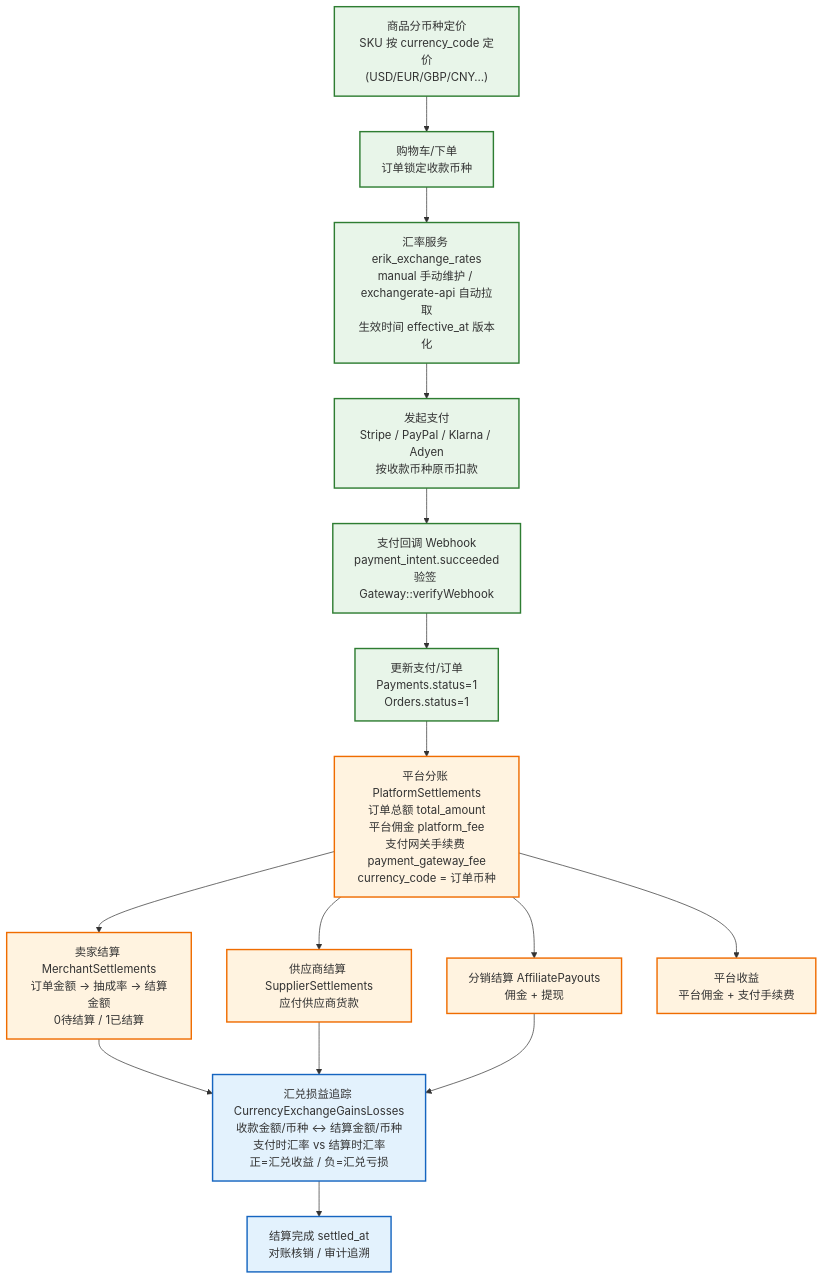
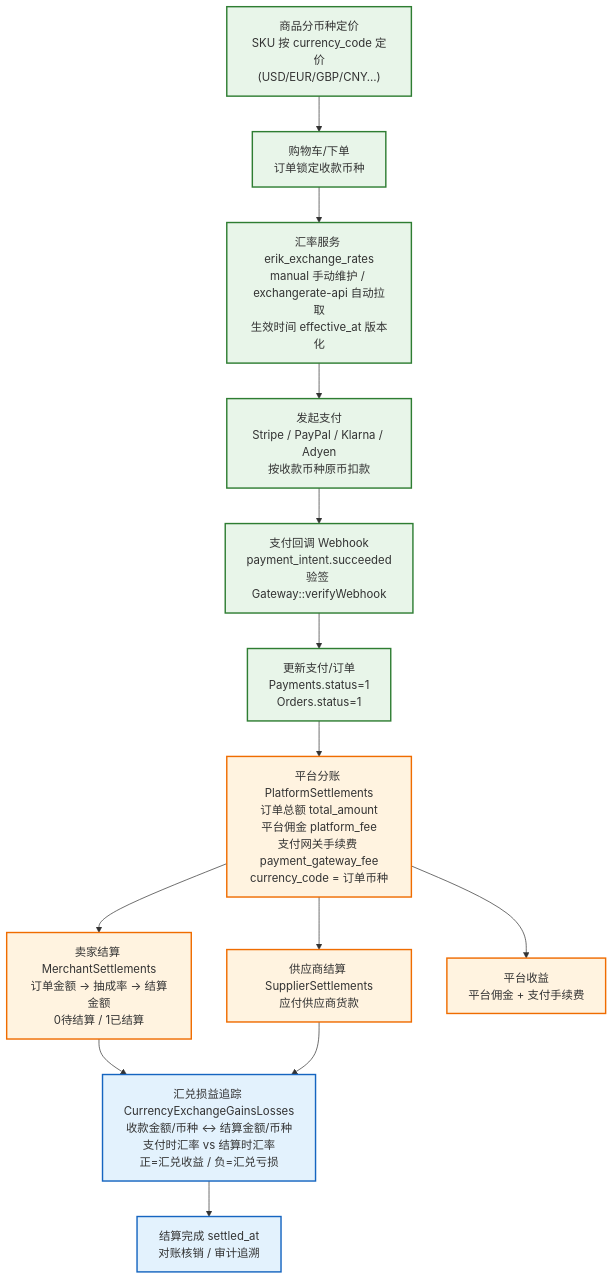
The diagram in docs/08-multi-currency-settlement.mmd (erikwang2013/erik-shop), drawn with Mermaid before and after one commit. The commit also changed 383 other files, not shown here.

Commit message:
文档：仅保留中英文 README，清理已移除功能与过时图片

```diff
--- a/docs/08-multi-currency-settlement.mmd
+++ b/docs/08-multi-currency-settlement.mmd
@@ -1,28 +1,26 @@
 flowchart TD
     A["商品分币种定价<br/>SKU 按 currency_code 定价<br/>(USD/EUR/GBP/CNY…)"] --> B["购物车/下单<br/>订单锁定收款币种"]
     B --> C["汇率服务 erik_exchange_rates<br/>manual 手动维护 / exchangerate-api 自动拉取<br/>生效时间 effective_at 版本化"]
 
     C --> D["发起支付<br/>Stripe / PayPal / Klarna / Adyen<br/>按收款币种原币扣款"]
     D --> E["支付回调 Webhook<br/>payment_intent.succeeded<br/>验签 Gateway::verifyWebhook"]
 
     E --> F["更新支付/订单<br/>Payments.status=1<br/>Orders.status=1"]
 
     F --> G["平台分账 PlatformSettlements<br/>订单总额 total_amount<br/>平台佣金 platform_fee<br/>支付网关手续费 payment_gateway_fee<br/>currency_code = 订单币种"]
 
     G --> H1["卖家结算 MerchantSettlements<br/>订单金额 → 抽成率 → 结算金额<br/>0待结算 / 1已结算"]
     G --> H2["供应商结算 SupplierSettlements<br/>应付供应商货款"]
-    G --> H3["分销结算 AffiliatePayouts<br/>佣金 + 提现"]
     G --> H4["平台收益<br/>平台佣金 + 支付手续费"]
 
     H1 --> I["汇兑损益追踪 CurrencyExchangeGainsLosses<br/>收款金额/币种 ↔ 结算金额/币种<br/>支付时汇率 vs 结算时汇率<br/>正=汇兑收益 / 负=汇兑亏损"]
     H2 --> I
-    H3 --> I
 
     I --> J["结算完成 settled_at<br/>对账核销 / 审计追溯"]
 
     classDef pay fill:#e8f5e9,stroke:#2e7d32,stroke-width:2px;
     classDef settle fill:#fff3e0,stroke:#ef6c00,stroke-width:2px;
     classDef fx fill:#e3f2fd,stroke:#1565c0,stroke-width:2px;
     class A,B,C,D,E,F pay;
-    class G,H1,H2,H3,H4 settle;
+    class G,H1,H2,H4 settle;
     class I,J fx;
```
